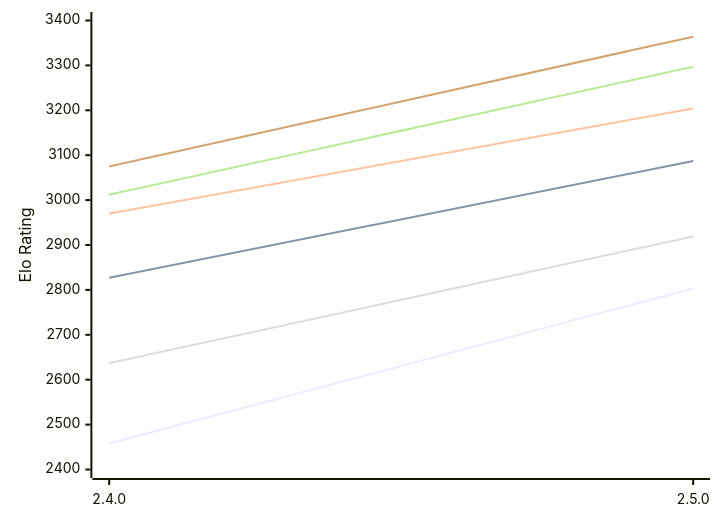
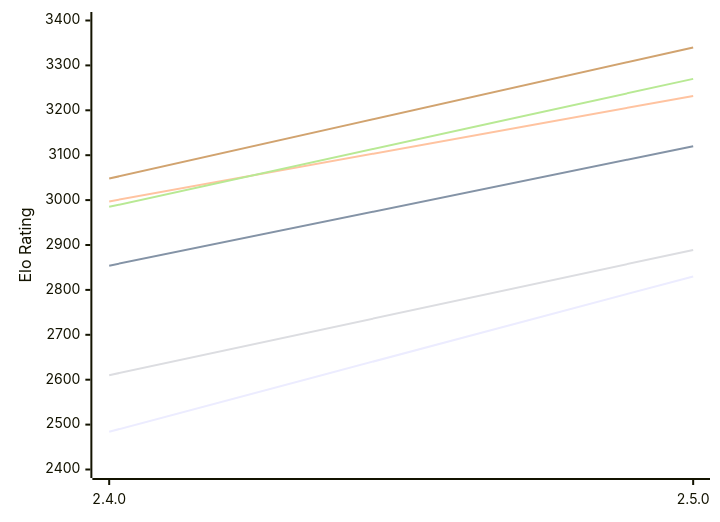
The diagram in engines/Rarog.md (computer-chess-index/cci), drawn with Mermaid before and after one commit. The commit also changed other lines of this file, not shown here.

Commit message:
Update CCI Ratings (ELO VLTC) - 2026-10-19

````diff
--- a/engines/Rarog.md
+++ b/engines/Rarog.md
@@ -49,12 +49,12 @@
 ```mermaid
 %%{init: {"theme":"base","themeVariables":{"seriesColors:['#a3a3a3','#222221','#faa371']}}}%%
 xychart-beta
   x-axis ["2.4.0", "2.5.0"]
   y-axis "Elo Rating" 2400 --> 3400
-  line "E1: STC (8.0+0.08s)" [2458, 2803]
-  line "E1: LTC (60.0+0.60s)" [2827, 3087]
-  line "E1: VLTC (2m24s+1.12s)" [2970, 3204]
-  line "P1: STC (8.0+0.08s)" [2637, 2919]
-  line "P1: LTC (60.0+0.60s)" [3012, 3297]
-  line "P1: VLTC (2m24s+1.12s)" [3075, 3364]
+  line "E1: STC (8.0+0.08s)" [2484, 2830]
+  line "E1: LTC (60.0+0.60s)" [2854, 3120]
+  line "E1: VLTC (2m24s+1.12s)" [2997, 3232]
+  line "P1: STC (8.0+0.08s)" [2610, 2889]
+  line "P1: LTC (60.0+0.60s)" [2985, 3270]
+  line "P1: VLTC (2m24s+1.12s)" [3048, 3340]
 ```
````
